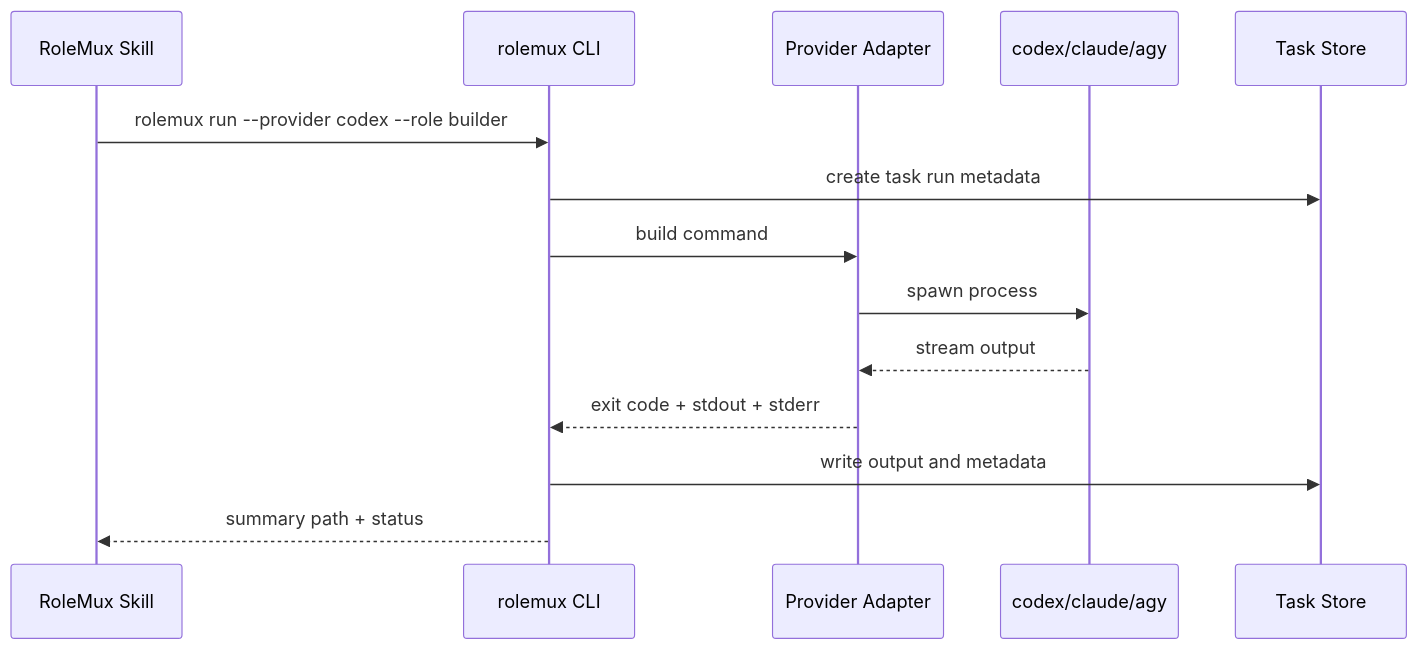
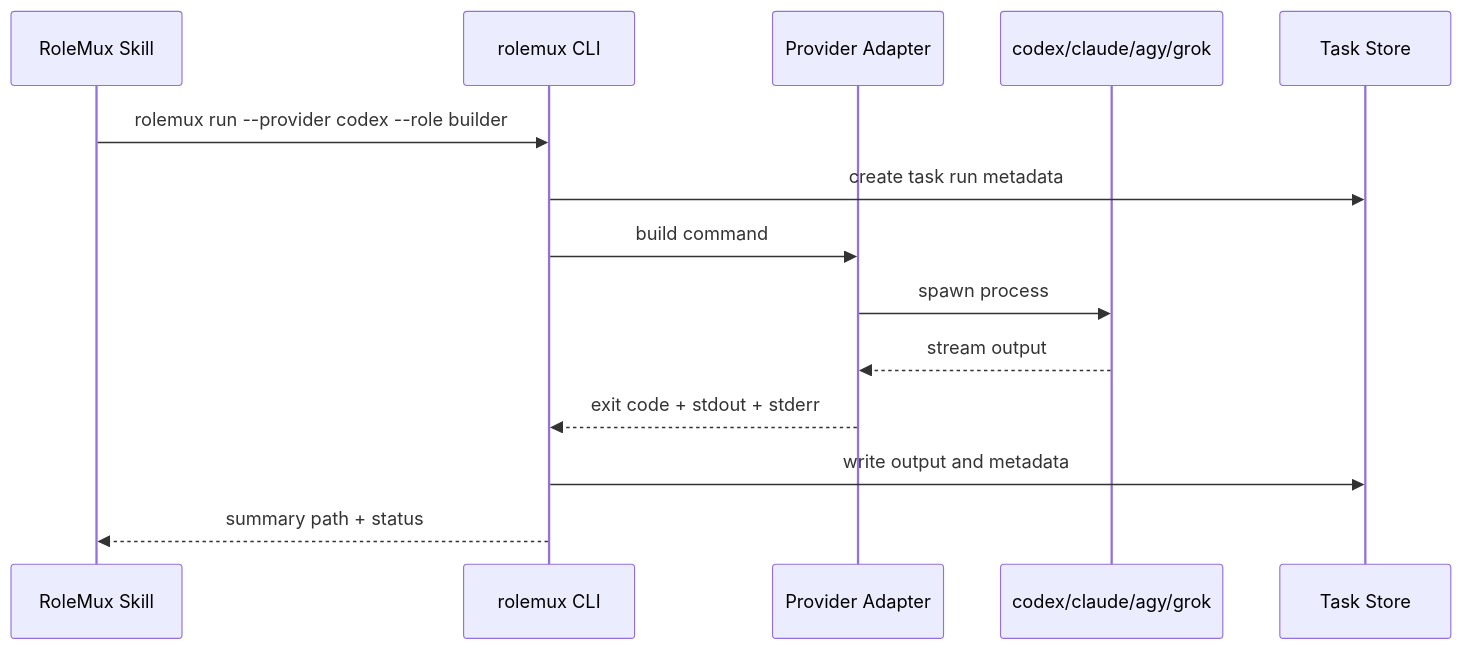
One commit to immortalbeating2/rolemux changed the third of 3 diagrams in spec/rolemux-development-spec.md. Above: the diagram before and after it, drawn with Mermaid. The commit also changed other lines of this file and 33 other files, not shown here.

````diff
--- a/spec/rolemux-development-spec.md
+++ b/spec/rolemux-development-spec.md
@@ -319,17 +319,17 @@
 ```mermaid
 sequenceDiagram
   participant Skill as RoleMux Skill
   participant CLI as rolemux CLI
   participant Adapter as Provider Adapter
-  participant Tool as codex/claude/agy
+  participant Tool as codex/claude/agy/grok
   participant Store as Task Store
 
   Skill->>CLI: rolemux run --provider codex --role builder
   CLI->>Store: create task run metadata
   CLI->>Adapter: build command
   Adapter->>Tool: spawn process
   Tool-->>Adapter: stream output
   Adapter-->>CLI: exit code + stdout + stderr
   CLI->>Store: write output and metadata
   CLI-->>Skill: summary path + status
 ```
````
